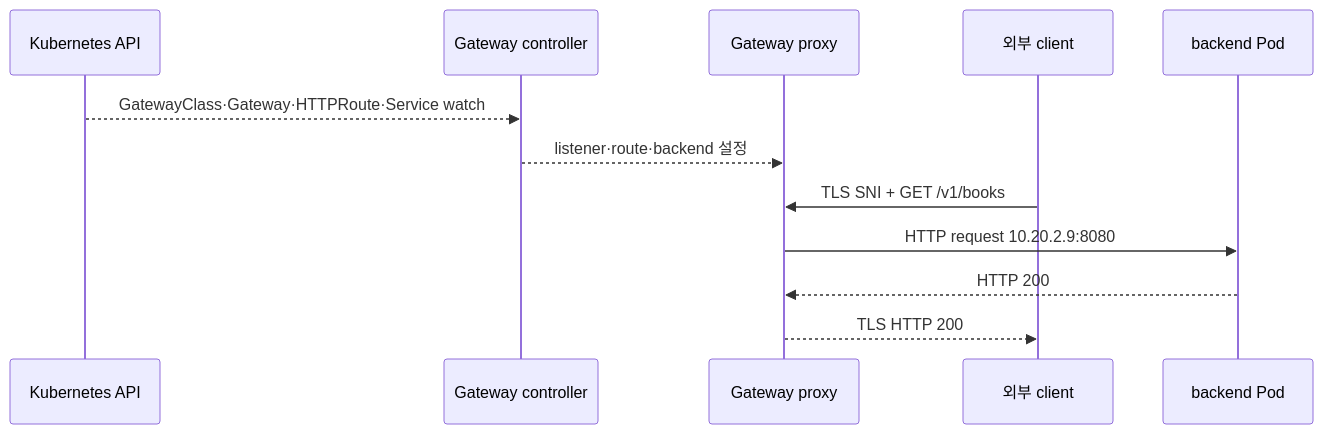
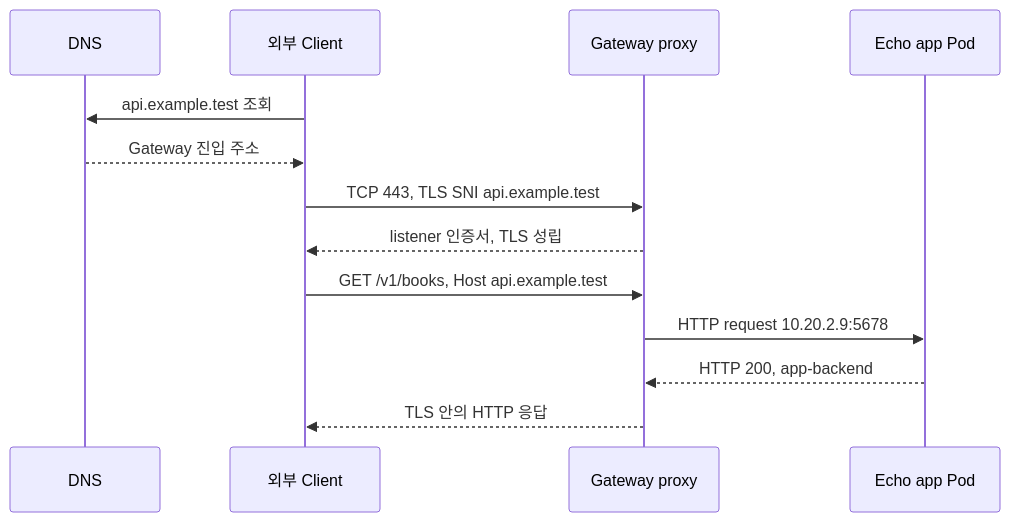
The fourth of 6 diagrams in learning/kubernetes/05a-gateway-api.md (mj006648/netai-devsecops-runbook), drawn with Mermaid before and after one commit. The commit also changed other lines of this file and 24 other files, not shown here.

````diff
--- a/learning/kubernetes/05a-gateway-api.md
+++ b/learning/kubernetes/05a-gateway-api.md
@@ -358,14 +290,15 @@
 ```mermaid
 sequenceDiagram
- participant A as Kubernetes API
- participant C as Gateway controller
- participant P as Gateway proxy
- participant U as 외부 client
- participant B as backend Pod
- A-->>C: GatewayClass·Gateway·HTTPRoute·Service watch
- C-->>P: listener·route·backend 설정
- U->>P: TLS SNI + GET /v1/books
- P->>B: HTTP request 10.20.2.9:8080
- B-->>P: HTTP 200
- P-->>U: TLS HTTP 200
+    participant D as DNS
+    participant U as 외부 Client
+    participant P as Gateway proxy
+    participant B as Echo app Pod
+    U->>D: api.example.test 조회
+    D-->>U: Gateway 진입 주소
+    U->>P: TCP 443, TLS SNI api.example.test
+    P-->>U: listener 인증서, TLS 성립
+    U->>P: GET /v1/books, Host api.example.test
+    P->>B: HTTP request 10.20.2.9:5678
+    B-->>P: HTTP 200, app-backend
+    P-->>U: TLS 안의 HTTP 응답
 ```
````
